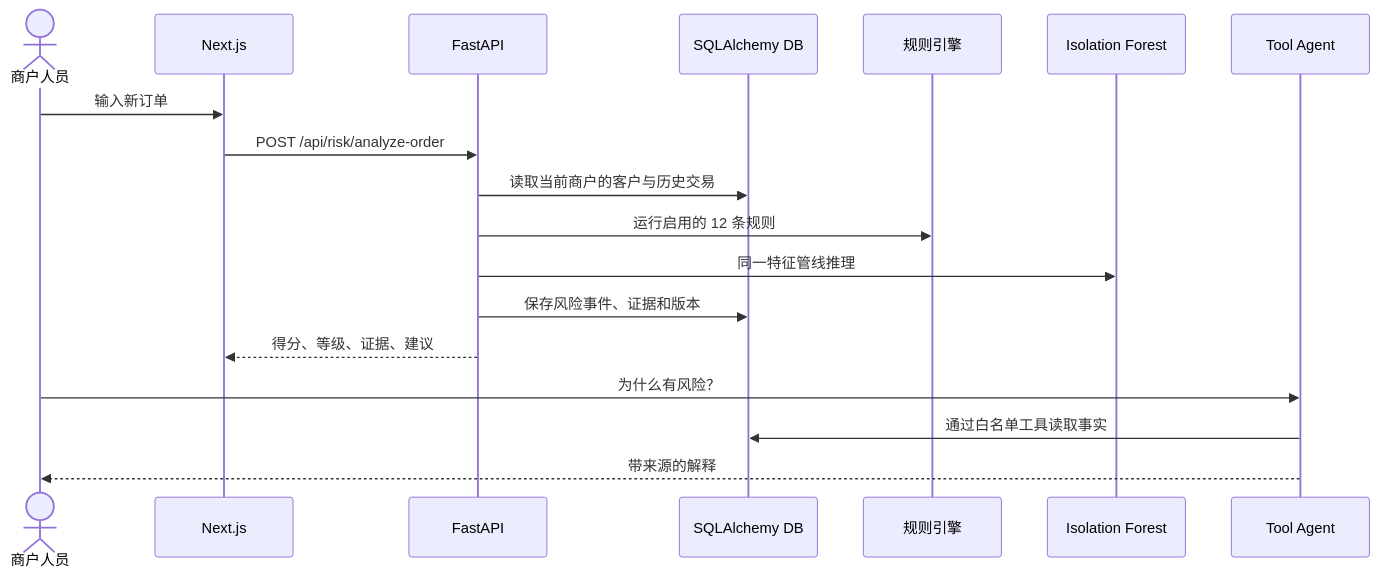
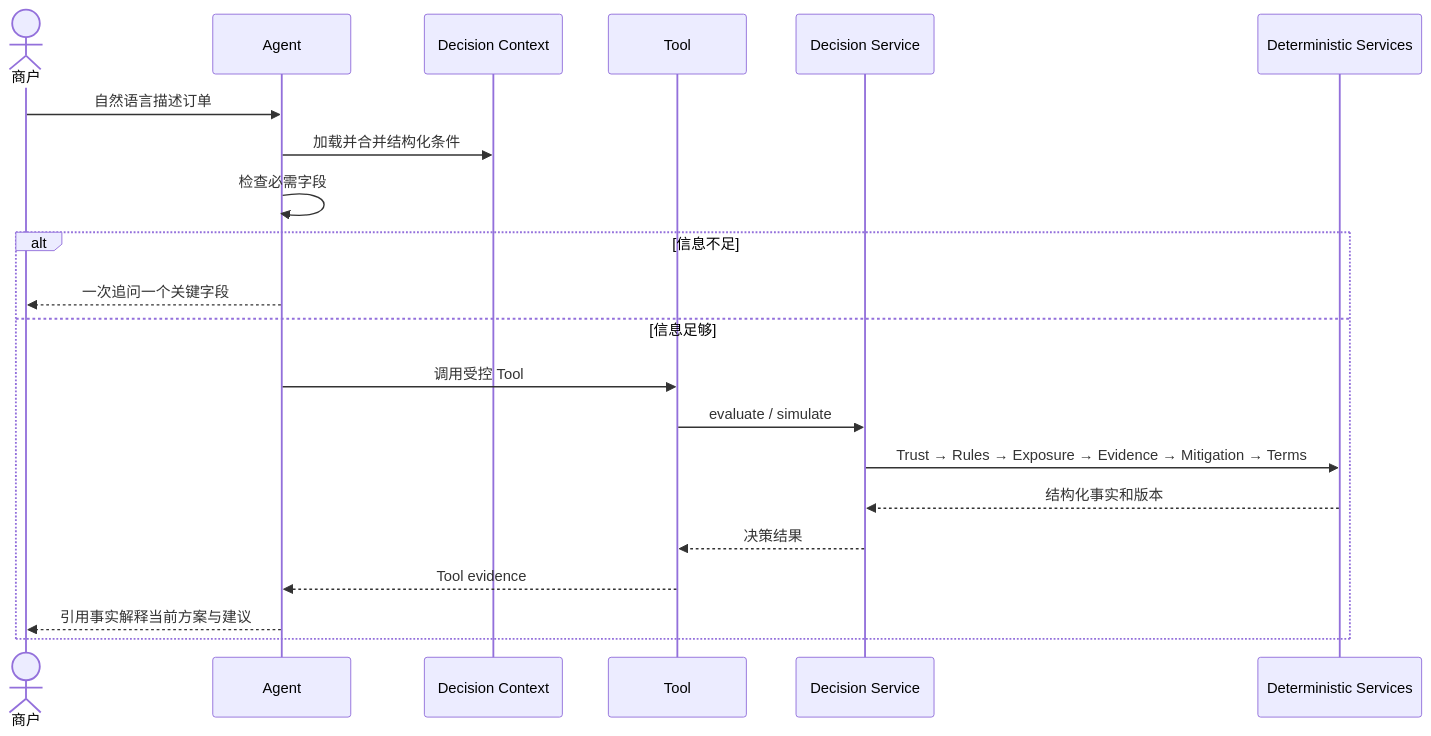
One commit to Lee-zc2007/yiwu_trading_agent changed the second of 2 diagrams in docs/architecture.md. Above: the diagram before and after it, drawn with Mermaid. The commit also changed other lines of this file and 77 other files, not shown here.

````diff
--- a/docs/architecture.md
+++ b/docs/architecture.md
@@ -9,20 +45,23 @@
 ```mermaid
 sequenceDiagram
-  actor User as 商户人员
-  participant Web as Next.js
-  participant API as FastAPI
-  participant DB as SQLAlchemy DB
-  participant Rule as 规则引擎
-  participant ML as Isolation Forest
-  participant Agent as Tool Agent
-  User->>Web: 输入新订单
-  Web->>API: POST /api/risk/analyze-order
-  API->>DB: 读取当前商户的客户与历史交易
-  API->>Rule: 运行启用的 12 条规则
-  API->>ML: 同一特征管线推理
-  API->>DB: 保存风险事件、证据和版本
-  API-->>Web: 得分、等级、证据、建议
-  User->>Agent: 为什么有风险？
-  Agent->>DB: 通过白名单工具读取事实
-  Agent-->>User: 带来源的解释
+  actor U as 商户
+  participant A as Agent
+  participant C as Decision Context
+  participant T as Tool
+  participant D as Decision Service
+  participant S as Deterministic Services
+  U->>A: 自然语言描述订单
+  A->>C: 加载并合并结构化条件
+  A->>A: 检查必需字段
+  alt 信息不足
+    A-->>U: 一次追问一个关键字段
+  else 信息足够
+    A->>T: 调用受控 Tool
+    T->>D: evaluate / simulate
+    D->>S: Trust → Rules → Exposure → Evidence → Mitigation → Terms
+    S-->>D: 结构化事实和版本
+    D-->>T: 决策结果
+    T-->>A: Tool evidence
+    A-->>U: 引用事实解释当前方案与建议
+  end
 ```
````
